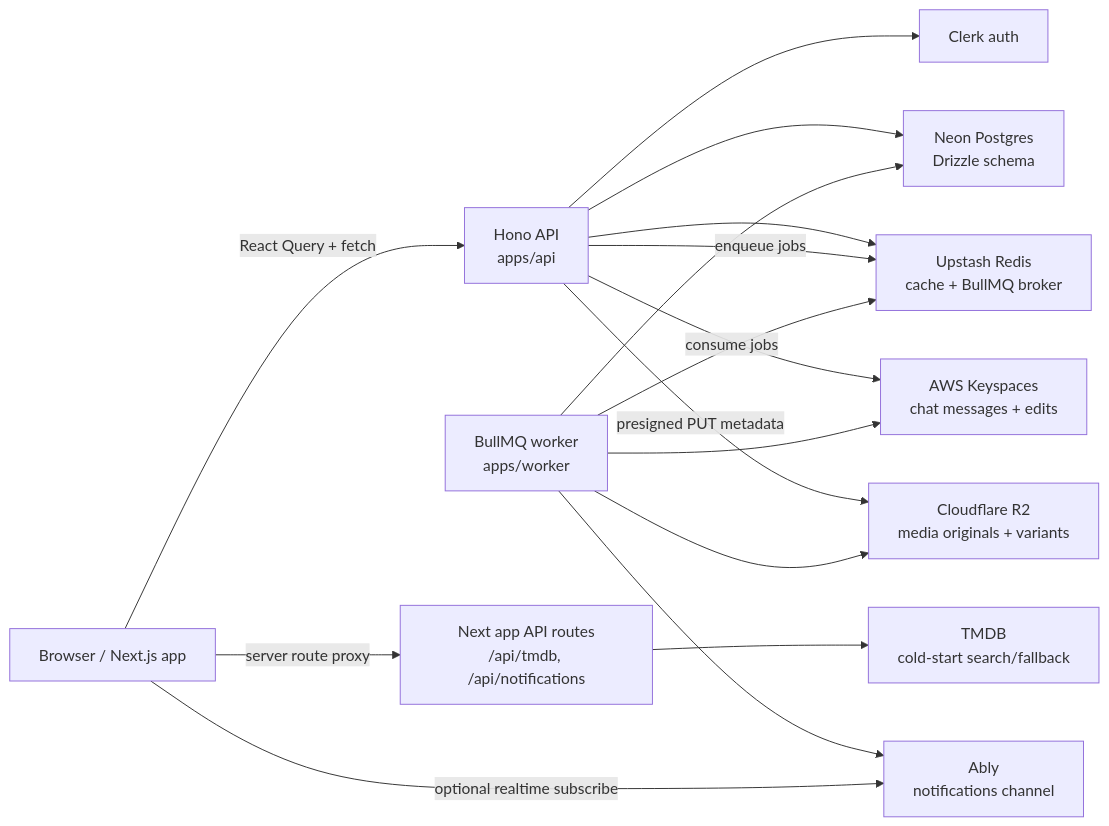
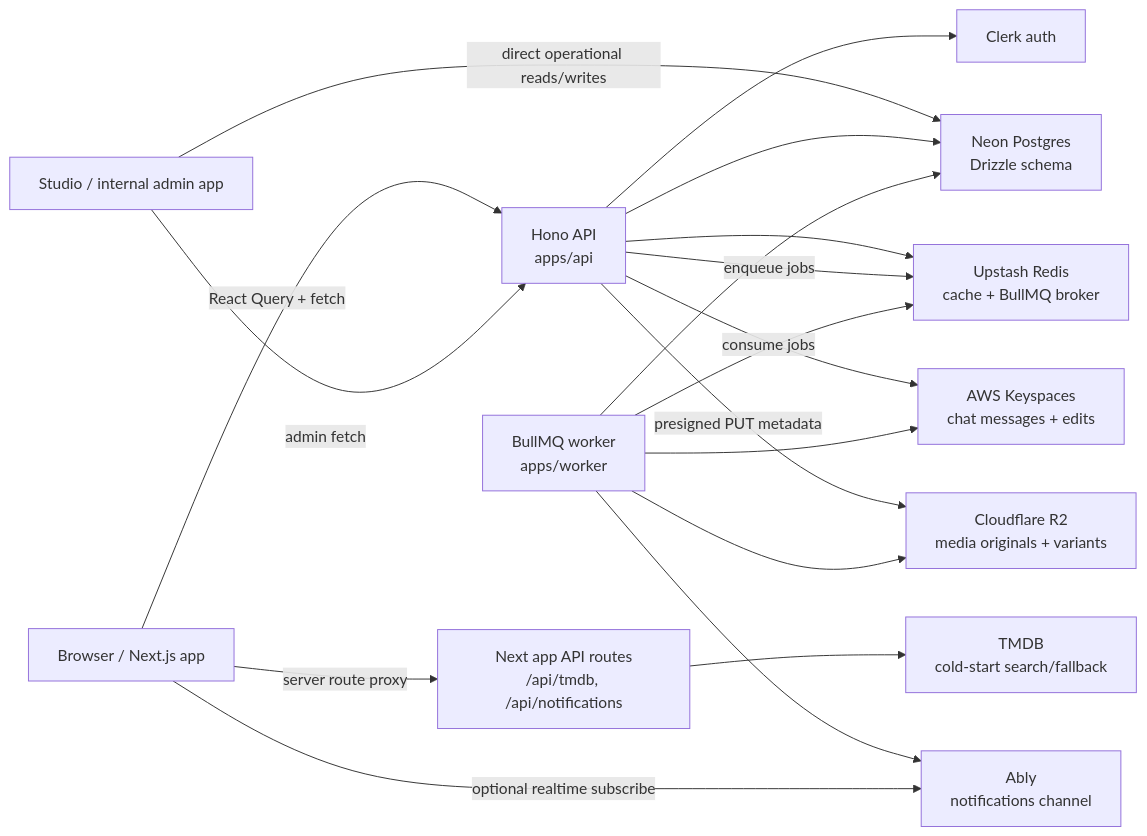
One commit to srithan/35mm_platform changed the first of 2 diagrams in codebase-analysis-docs/CODEBASE_KNOWLEDGE.md. Above: the diagram before and after it, drawn with Mermaid. The commit also changed other lines of this file and 156 other files, not shown here.

````diff
--- a/codebase-analysis-docs/CODEBASE_KNOWLEDGE.md
+++ b/codebase-analysis-docs/CODEBASE_KNOWLEDGE.md
@@ -29,30 +30,33 @@
 ```mermaid
 flowchart LR
   Browser["Browser / Next.js app"]
+  Studio["Studio / internal admin app"]
   NextApi["Next app API routes\n/api/tmdb, /api/notifications"]
   Hono["Hono API\napps/api"]
   Clerk["Clerk auth"]
   Neon["Neon Postgres\nDrizzle schema"]
   Redis["Upstash Redis\ncache + BullMQ broker"]
   Keyspaces["AWS Keyspaces\nchat messages + edits"]
   Worker["BullMQ worker\napps/worker"]
   R2["Cloudflare R2\nmedia originals + variants"]
   Ably["Ably\nnotifications channel"]
   TMDB["TMDB\ncold-start search/fallback"]
 
   Browser -->|React Query + fetch| Hono
+  Studio -->|admin fetch| Hono
+  Studio -->|direct operational reads/writes| Neon
   Browser -->|server route proxy| NextApi
   NextApi --> TMDB
   Hono --> Clerk
   Hono --> Neon
   Hono --> Redis
   Hono --> Keyspaces
   Hono -->|presigned PUT metadata| R2
   Hono -->|enqueue jobs| Redis
   Worker -->|consume jobs| Redis
   Worker --> Neon
   Worker --> Keyspaces
   Worker --> R2
   Worker --> Ably
   Browser -->|optional realtime subscribe| Ably
 ```
````
